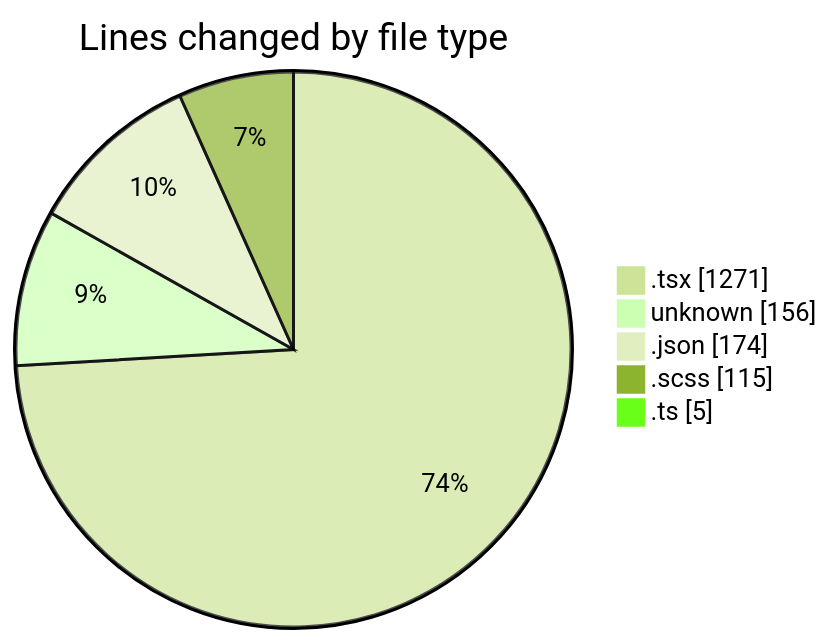
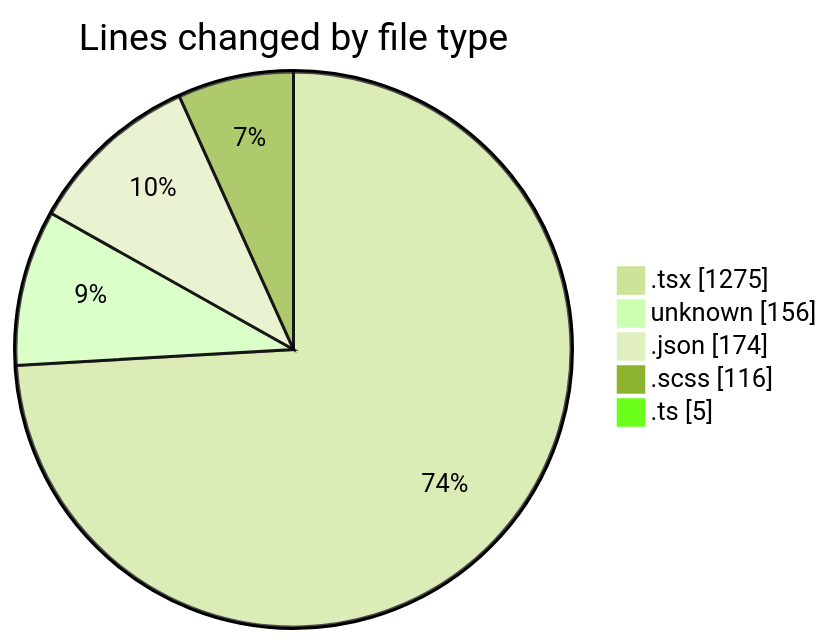
The first of 2 diagrams in 2026-09-28/cda/README.md (momahboobian/code-tracking), drawn with Mermaid (forest theme) before and after one commit. The commit also changed other lines of this file and 1 other file, not shown here.

````diff
--- a/2026-09-28/cda/README.md
+++ b/2026-09-28/cda/README.md
@@ -30,9 +30,9 @@
 ```mermaid
 pie showData
 title Lines changed by file type
-".tsx" : 1271
+".tsx" : 1275
 "unknown" : 156
 ".json" : 174
-".scss" : 115
+".scss" : 116
 ".ts" : 5
 ```
````
